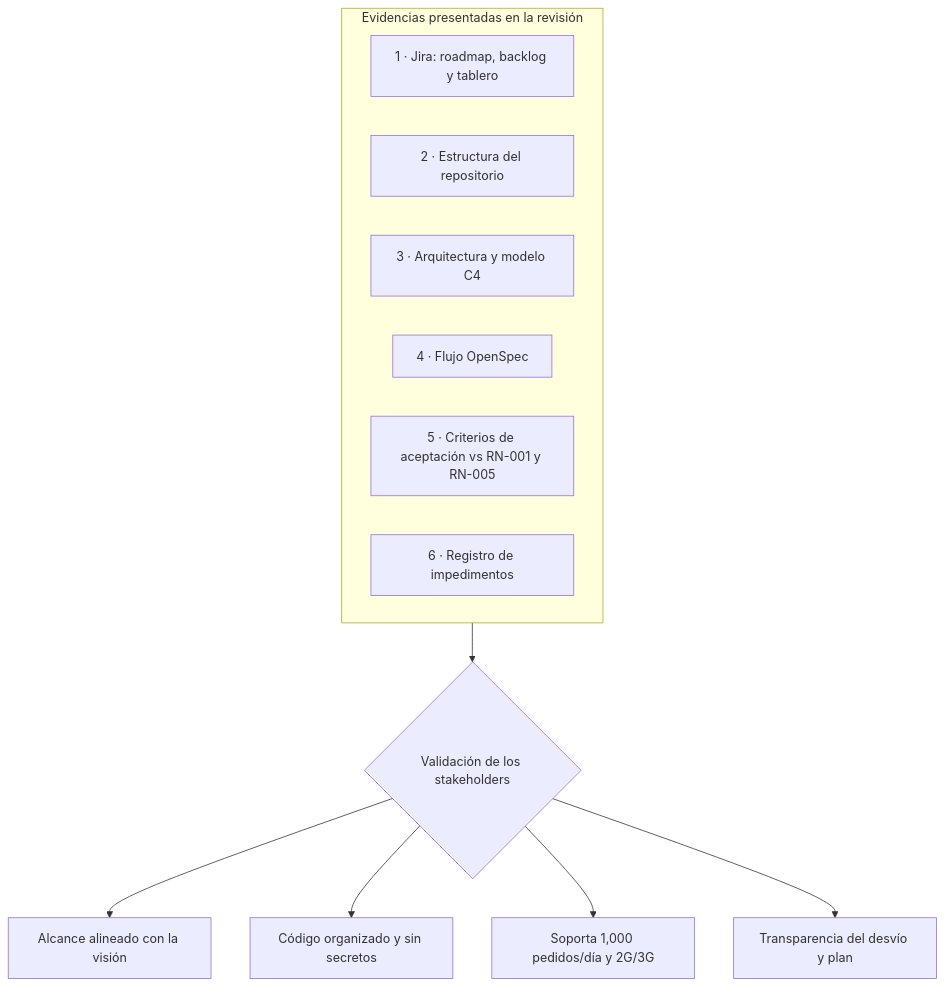
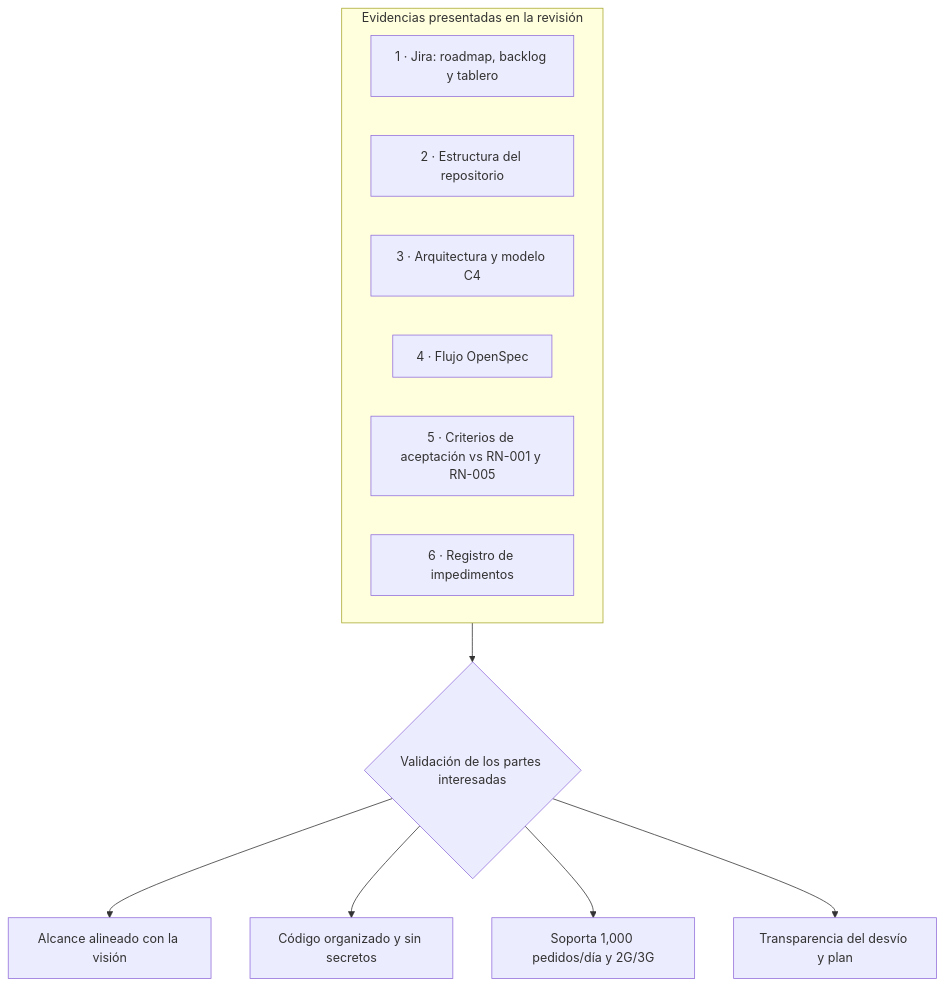
One commit to alexito-dev/EcoLogistica changed the second of 4 diagrams in docs/03 Implementación/03 Revisión del Sprint V_1_0_0.md. Above: the diagram before and after it, drawn with Mermaid. The commit also changed other lines of this file and 9 other files, not shown here.

````diff
--- a/docs/03 Implementación/03 Revisión del Sprint V_1_0_0.md
+++ b/docs/03 Implementación/03 Revisión del Sprint V_1_0_0.md
@@ -90,16 +91,16 @@
 ```mermaid
 flowchart TB
     subgraph EVID["Evidencias presentadas en la revisión"]
         E1["1 · Jira: roadmap, backlog y tablero"]
         E2["2 · Estructura del repositorio"]
         E3["3 · Arquitectura y modelo C4"]
         E4["4 · Flujo OpenSpec"]
         E5["5 · Criterios de aceptación vs RN-001 y RN-005"]
         E6["6 · Registro de impedimentos"]
     end
-    EVID --> V{"Validación de los stakeholders"}
+    EVID --> V{"Validación de los partes interesadas"}
     V --> R1["Alcance alineado con la visión"]
     V --> R2["Código organizado y sin secretos"]
     V --> R3["Soporta 1,000 pedidos/día y 2G/3G"]
     V --> R4["Transparencia del desvío y plan"]
 ```
````
